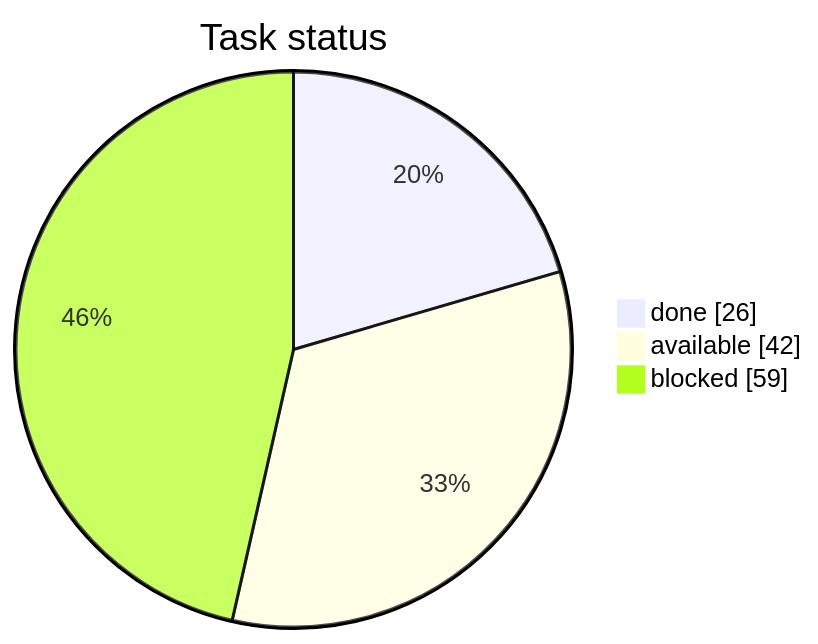
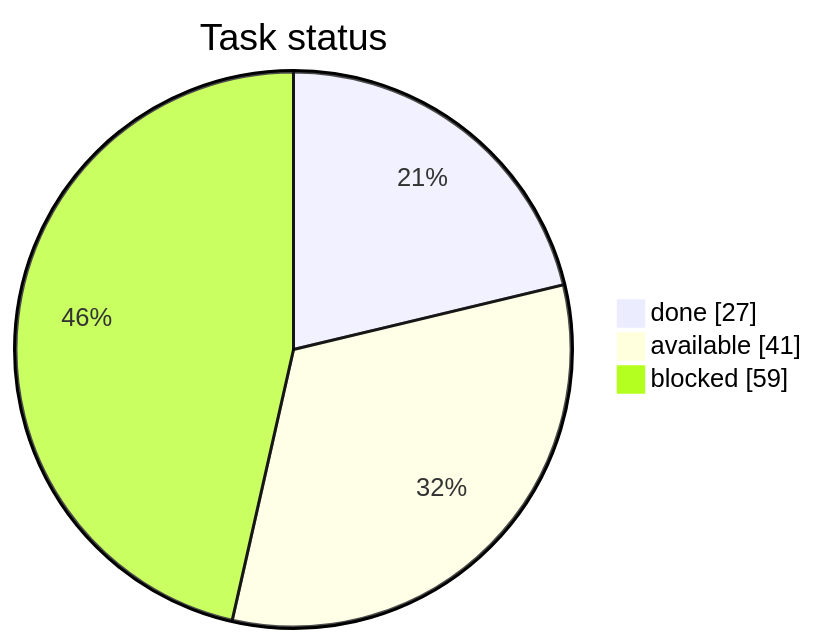
The first of 3 diagrams in STATUS.md (artemiiShabanov/RallyRivals), drawn with Mermaid before and after one commit. The commit also changed other lines of this file and 9 other files, not shown here.

````diff
--- a/STATUS.md
+++ b/STATUS.md
@@ -7,7 +7,7 @@
 ```mermaid
 pie showData
     title Task status
-    "done" : 26
-    "available" : 42
+    "done" : 27
+    "available" : 41
     "blocked" : 59
 ```
````
